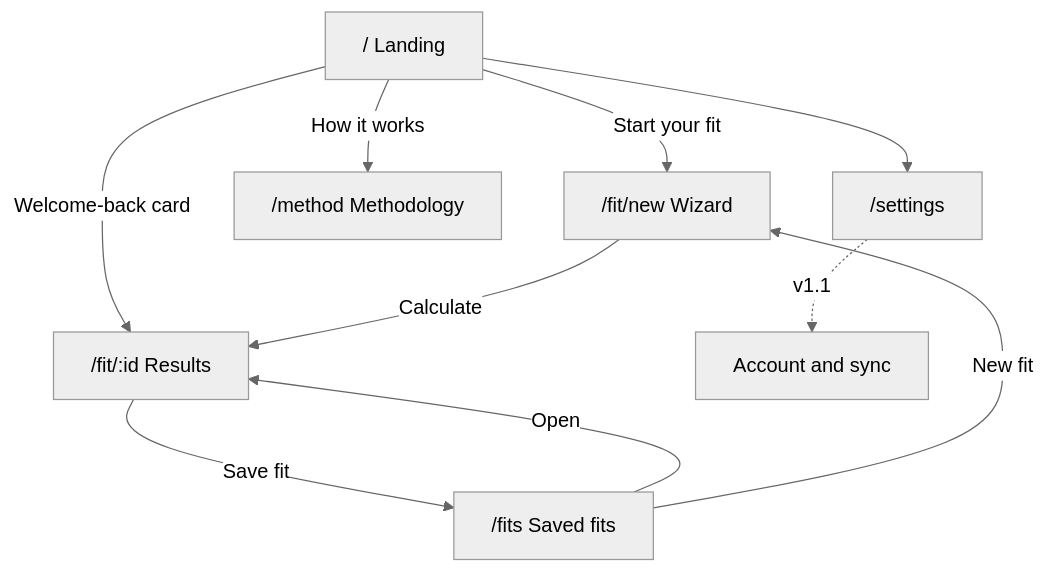
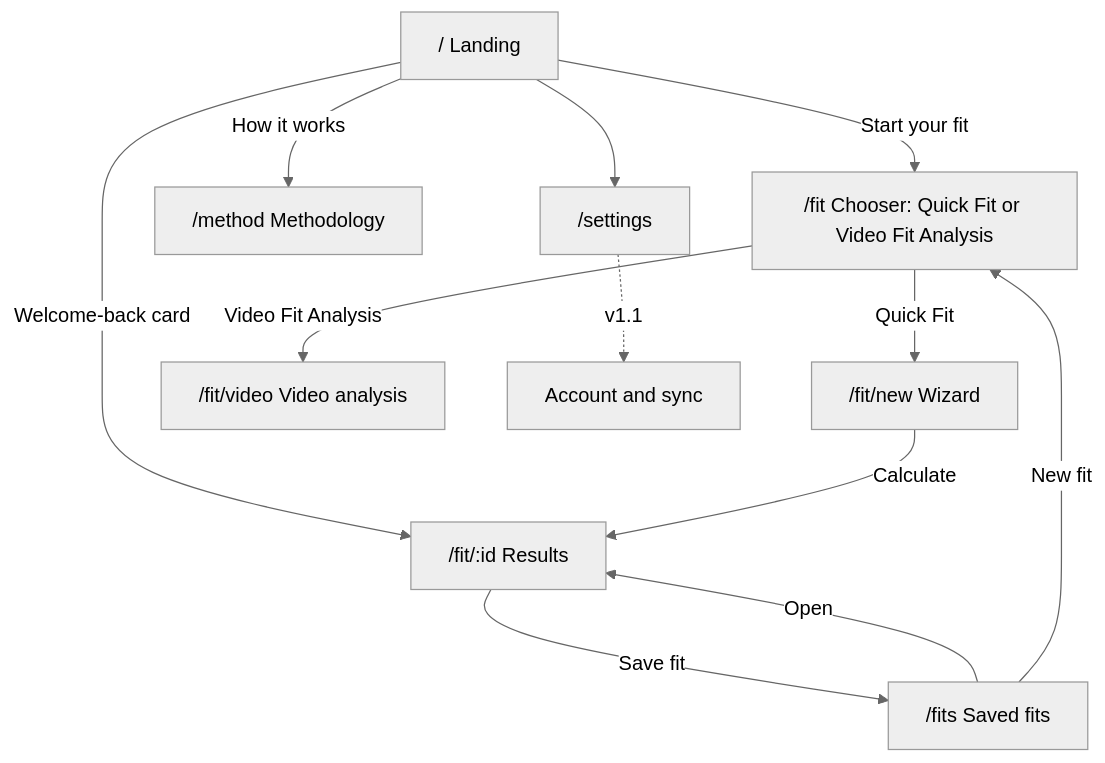
Before and after one commit to m3austin/Bikefit: the first of 12 diagrams in docs/User-Flows.md, drawn with Mermaid (neutral theme). The commit also changed other lines of this file and 2 other files, not shown here.

First line of the commit message:
docs: Video Fit Analysis flows (9-11), PRD F9, README status

````diff
--- a/docs/User-Flows.md
+++ b/docs/User-Flows.md
@@ -9,12 +9,14 @@
 ```mermaid
 flowchart TD
-    L["/ Landing"] -->|Start your fit| W["/fit/new Wizard"]
+    L["/ Landing"] -->|Start your fit| C["/fit Chooser: Quick Fit or Video Fit Analysis"]
+    C -->|Quick Fit| W["/fit/new Wizard"]
+    C -->|Video Fit Analysis| V["/fit/video Video analysis"]
     L -->|How it works| M["/method Methodology"]
     L -->|Welcome-back card| R["/fit/:id Results"]
     W -->|Calculate| R
     R -->|Save fit| G["/fits Saved fits"]
     G -->|Open| R
-    G -->|New fit| W
+    G -->|New fit| C
     L --> S["/settings"]
     S -.->|v1.1| A["Account and sync"]
 ```
````
